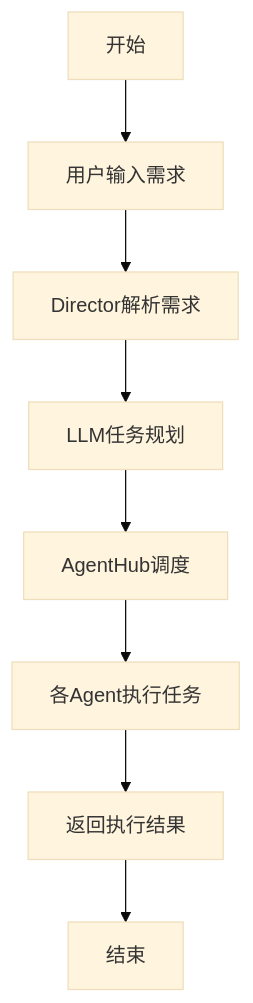
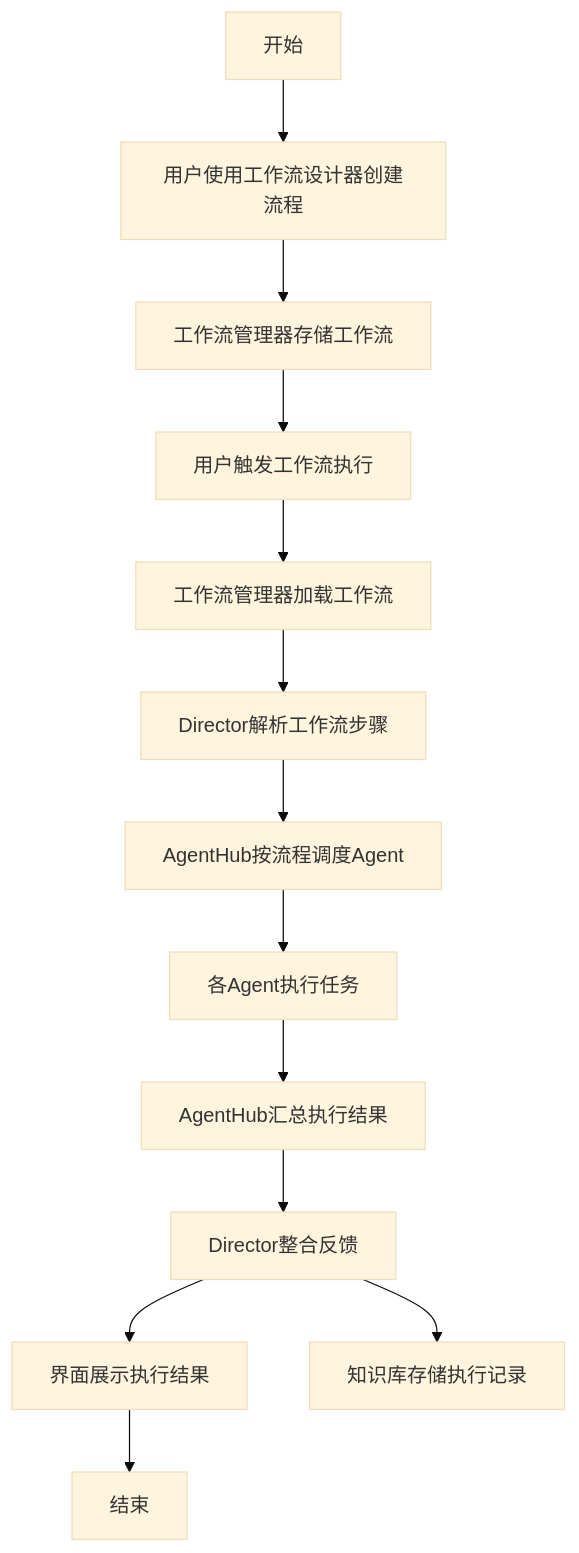
One commit to lornshrimp/Lorn.OpenAgenticAI changed the second of 4 diagrams in docs_ProductDesign/BusinessProcessFlow.md. Above: the diagram before and after it, drawn with Mermaid (base theme). The commit also changed other lines of this file and 8 other files, not shown here.

````diff
--- a/docs_ProductDesign/BusinessProcessFlow.md
+++ b/docs_ProductDesign/BusinessProcessFlow.md
@@ -5,10 +26,15 @@
 ```mermaid
 graph TD
-    A[开始] --> B[用户输入需求]
-    B --> C[Director解析需求]
-    C --> D[LLM任务规划]
-    D --> E[AgentHub调度]
-    E --> F[各Agent执行任务]
-    F --> G[返回执行结果]
-    G --> H[结束]
+    A[开始] --> B[用户使用工作流设计器创建流程]
+    B --> C[工作流管理器存储工作流]
+    C --> D[用户触发工作流执行]
+    D --> E[工作流管理器加载工作流]
+    E --> F[Director解析工作流步骤]
+    F --> G[AgentHub按流程调度Agent]
+    G --> H[各Agent执行任务]
+    H --> I[AgentHub汇总执行结果]
+    I --> J[Director整合反馈]
+    J --> K[界面展示执行结果]
+    J --> L[知识库存储执行记录]
+    K --> M[结束]
 ```
````
